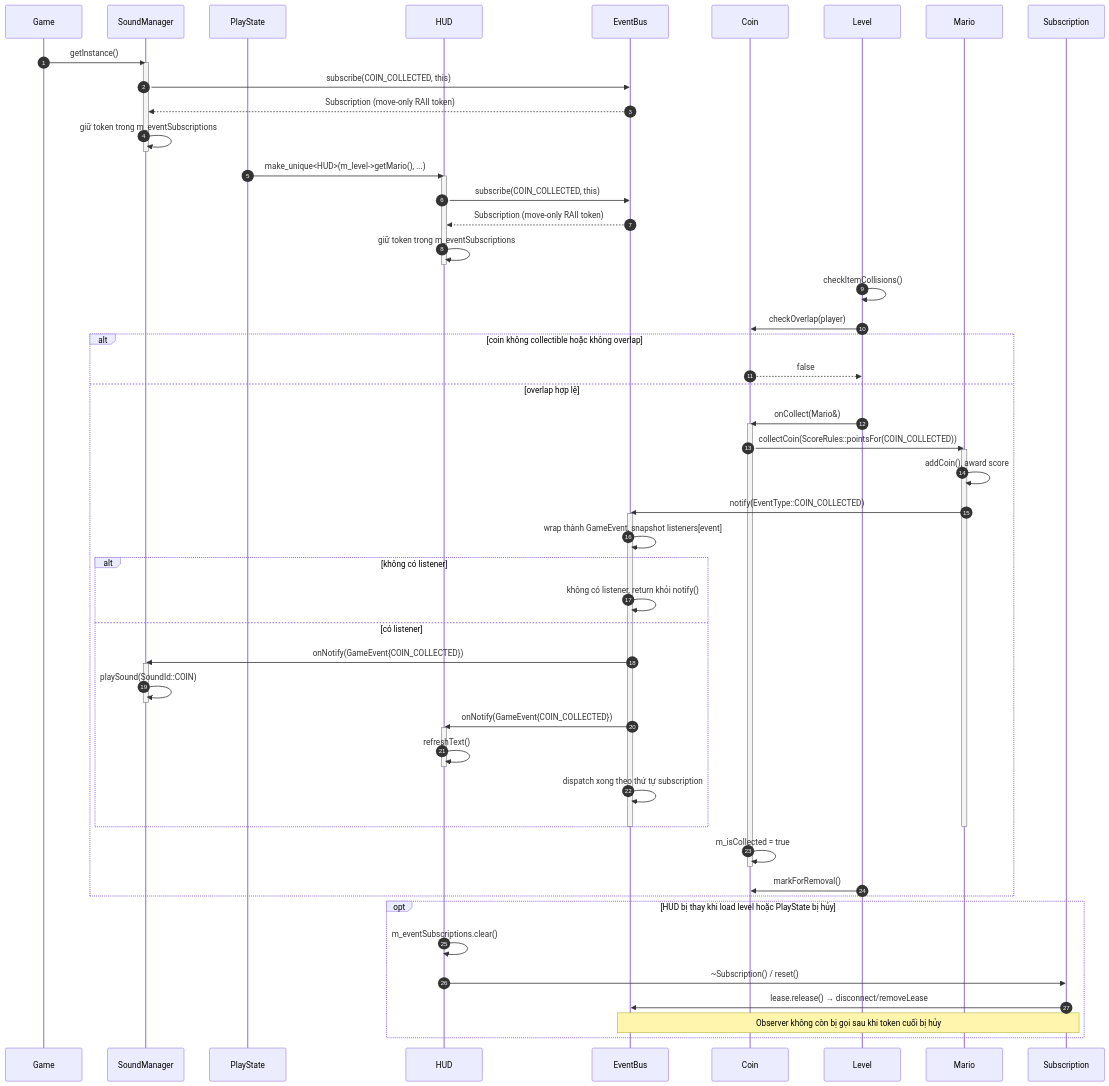
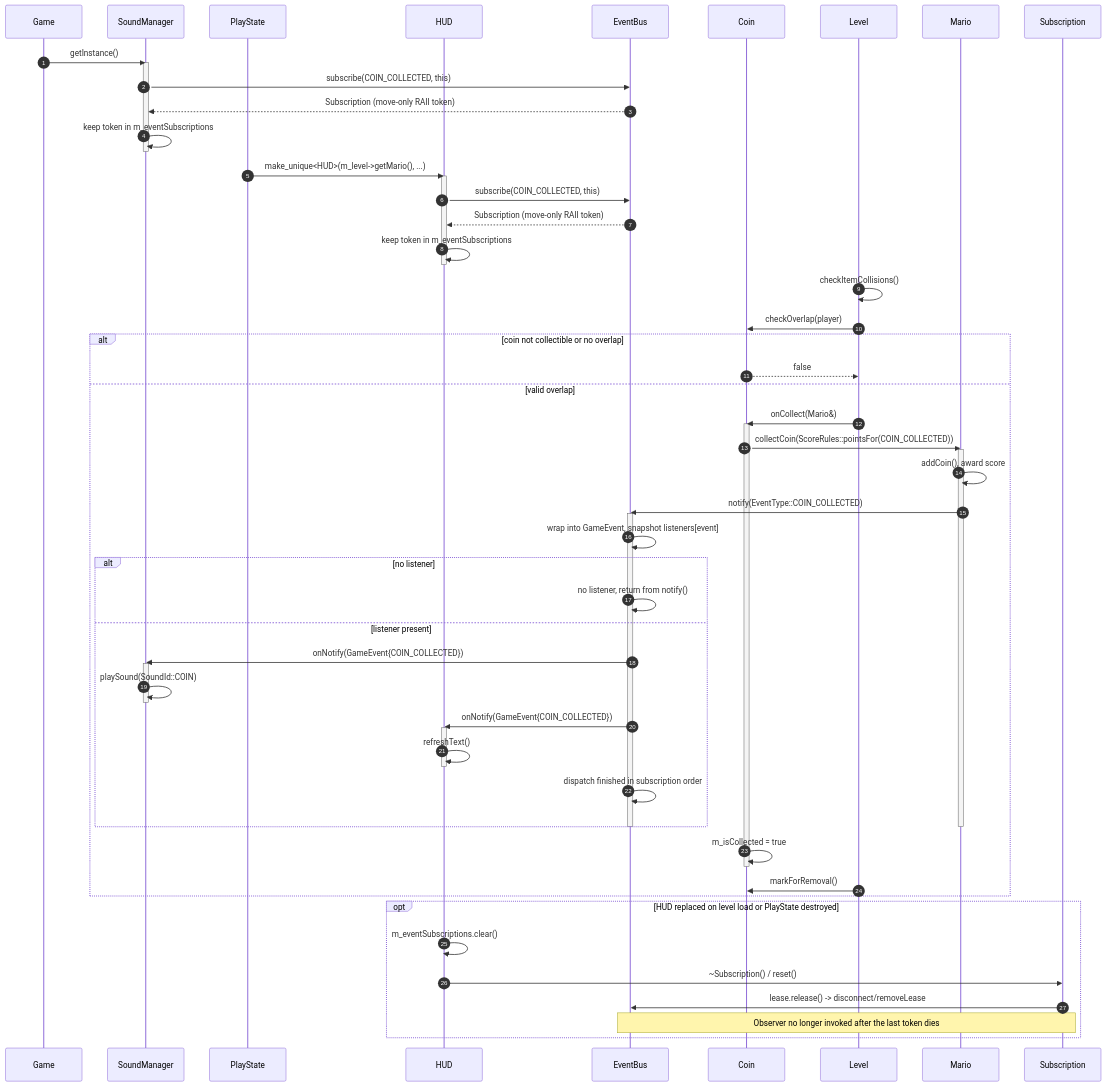
Before and after one commit to baoduong2342007/CS202-Group04-FinalProject: the third of 6 diagrams in docs/design_patterns.md, drawn with Mermaid. The commit also changed other lines of this file and 128 other files, not shown here.

````diff
--- a/docs/design_patterns.md
+++ b/docs/design_patterns.md
@@ -276,67 +283,67 @@
 ```mermaid
 sequenceDiagram
     autonumber
     participant Game as Game
     participant Sound as SoundManager
     participant PS as PlayState
     participant HUD as HUD
     participant Bus as EventBus
     participant Coin as Coin
     participant Level as Level
     participant Mario as Mario
     participant Sub as Subscription
 
     Game->>Sound: getInstance()
     activate Sound
     Sound->>Bus: subscribe(COIN_COLLECTED, this)
     Bus-->>Sound: Subscription (move-only RAII token)
-    Sound->>Sound: giữ token trong m_eventSubscriptions
+    Sound->>Sound: keep token in m_eventSubscriptions
     deactivate Sound
 
     PS->>HUD: make_unique<HUD>(m_level->getMario(), ...)
     activate HUD
     HUD->>Bus: subscribe(COIN_COLLECTED, this)
     Bus-->>HUD: Subscription (move-only RAII token)
-    HUD->>HUD: giữ token trong m_eventSubscriptions
+    HUD->>HUD: keep token in m_eventSubscriptions
     deactivate HUD
 
     Level->>Level: checkItemCollisions()
     Level->>Coin: checkOverlap(player)
-    alt coin không collectible hoặc không overlap
+    alt coin not collectible or no overlap
         Coin-->>Level: false
-    else overlap hợp lệ
+    else valid overlap
         Level->>Coin: onCollect(Mario&)
         activate Coin
         Coin->>Mario: collectCoin(ScoreRules::pointsFor(COIN_COLLECTED))
         activate Mario
         Mario->>Mario: addCoin(), award score
         Mario->>Bus: notify(EventType::COIN_COLLECTED)
         activate Bus
-        Bus->>Bus: wrap thành GameEvent, snapshot listeners[event]
-        alt không có listener
-            Bus->>Bus: không có listener, return khỏi notify()
-        else có listener
+        Bus->>Bus: wrap into GameEvent, snapshot listeners[event]
+        alt no listener
+            Bus->>Bus: no listener, return from notify()
+        else listener present
             Bus->>Sound: onNotify(GameEvent{COIN_COLLECTED})
             activate Sound
             Sound->>Sound: playSound(SoundId::COIN)
             deactivate Sound
             Bus->>HUD: onNotify(GameEvent{COIN_COLLECTED})
             activate HUD
             HUD->>HUD: refreshText()
             deactivate HUD
-            Bus->>Bus: dispatch xong theo thứ tự subscription
+            Bus->>Bus: dispatch finished in subscription order
         end
         deactivate Bus
         deactivate Mario
         Coin->>Coin: m_isCollected = true
         deactivate Coin
         Level->>Coin: markForRemoval()
     end
 
-    opt HUD bị thay khi load level hoặc PlayState bị hủy
+    opt HUD replaced on level load or PlayState destroyed
         HUD->>HUD: m_eventSubscriptions.clear()
         HUD->>Sub: ~Subscription() / reset()
-        Sub->>Bus: lease.release() → disconnect/removeLease
-        Note over Sub,Bus: Observer không còn bị gọi sau khi token cuối bị hủy
+        Sub->>Bus: lease.release() -> disconnect/removeLease
+        Note over Sub,Bus: Observer no longer invoked after the last token dies
     end
 ```
````
